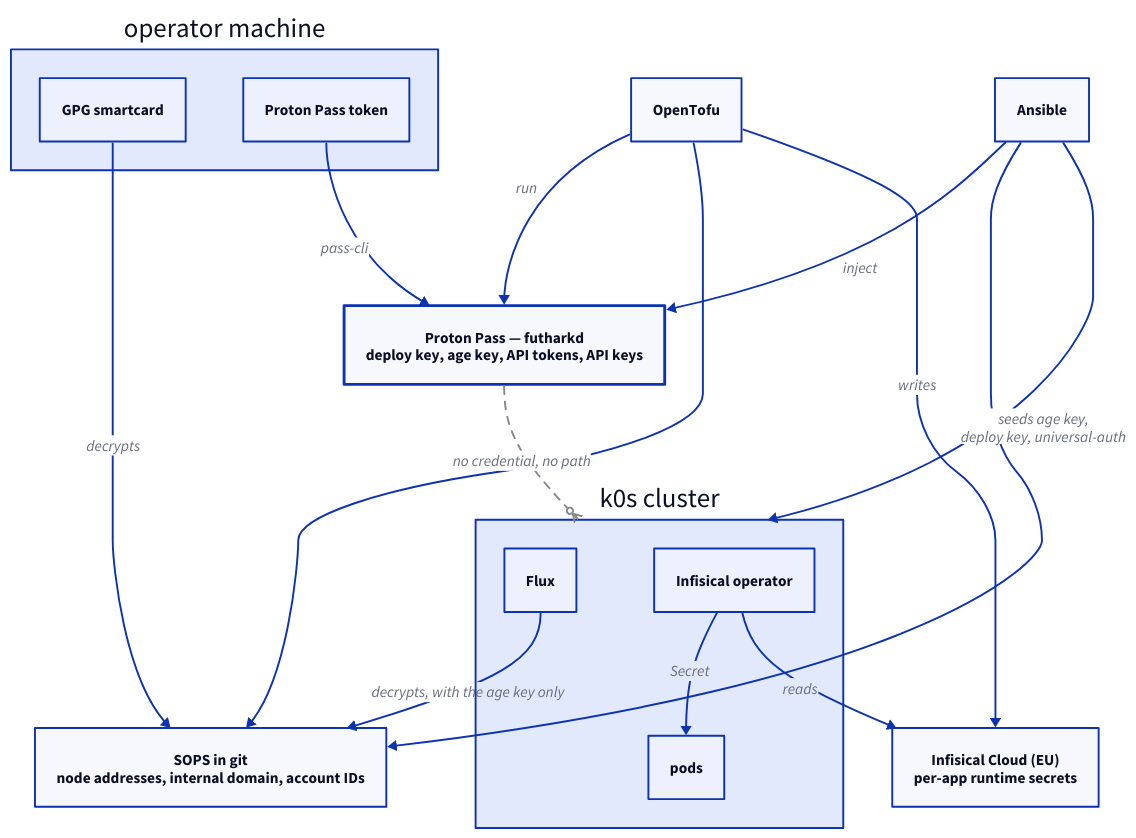
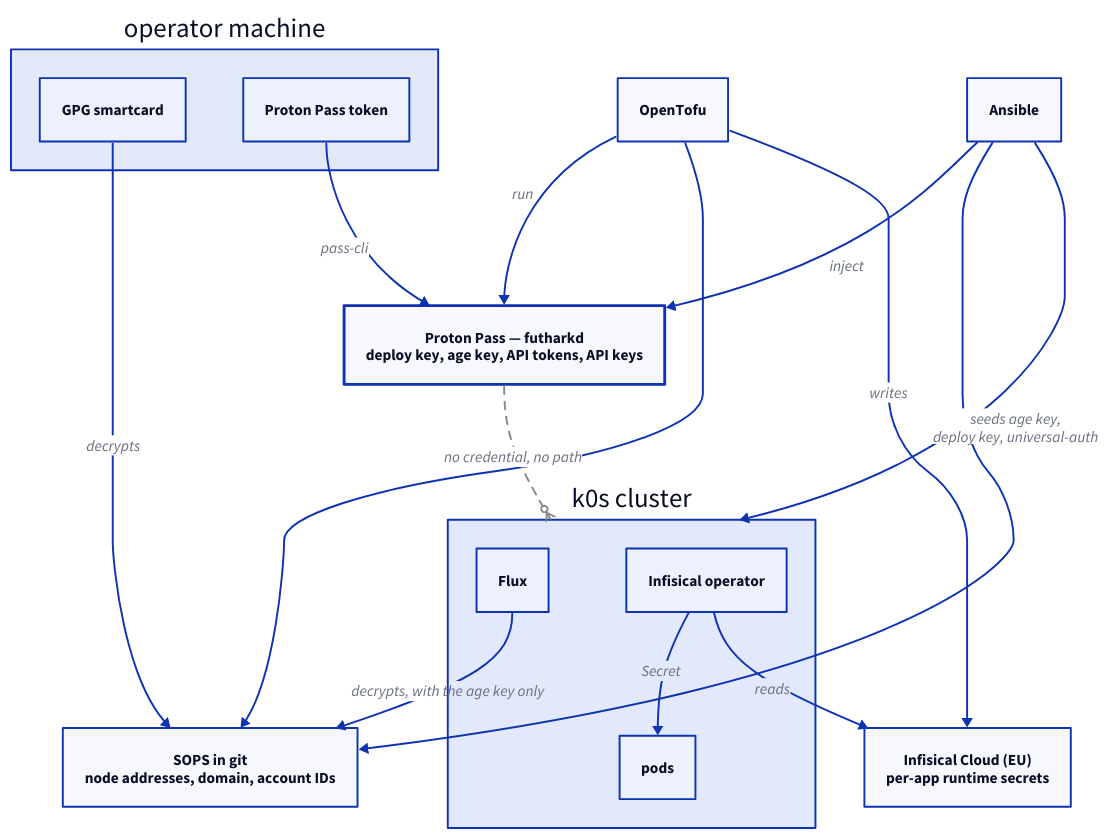
One commit to brewcoua/futhark changed the diagram in docs/src/conventions/secrets.md. Above: the diagram before and after it, drawn with D2. The commit also changed other lines of this file and 55 other files, not shown here.

````diff
--- a/docs/src/conventions/secrets.md
+++ b/docs/src/conventions/secrets.md
@@ -26,43 +26,43 @@
 ```d2
 direction: down
 
 operator: operator machine {
   gpg: GPG smartcard
   pat: Proton Pass token
 }
 
 pass: "Proton Pass — futharkd\ndeploy key, age key, API tokens, API keys" {
   style.stroke-width: 3
 }
-sops: SOPS in git\nnode addresses, internal domain, account IDs
+sops: SOPS in git\nnode addresses, domain, account IDs
 infisical: "Infisical Cloud (EU)\nper-app runtime secrets"
 
 cluster: k0s cluster {
   flux: Flux
   infop: Infisical operator
   pods: pods
   infop -> pods: Secret
 }
 
 tofu: OpenTofu
 ansible: Ansible
 
 operator.pat -> pass: pass-cli
 operator.gpg -> sops: decrypts
 
 ansible -> pass: inject
 ansible -> sops
 ansible -> cluster: seeds age key,\ndeploy key, universal-auth
 
 tofu -> pass: run
 tofu -> sops
 tofu -> infisical: writes
 
 cluster.flux -> sops: decrypts, with the age key only
 cluster.infop -> infisical: reads
 
 pass -> cluster: "no credential, no path" {
   style: { stroke-dash: 4; stroke: "#888" }
   target-arrowhead.shape: cf-many
 }
 ```
````
